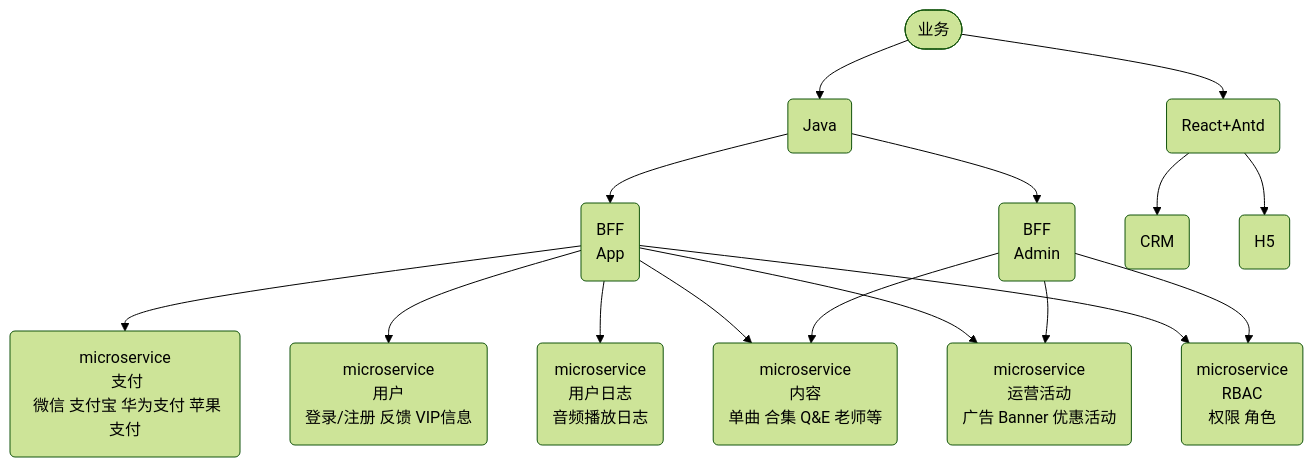
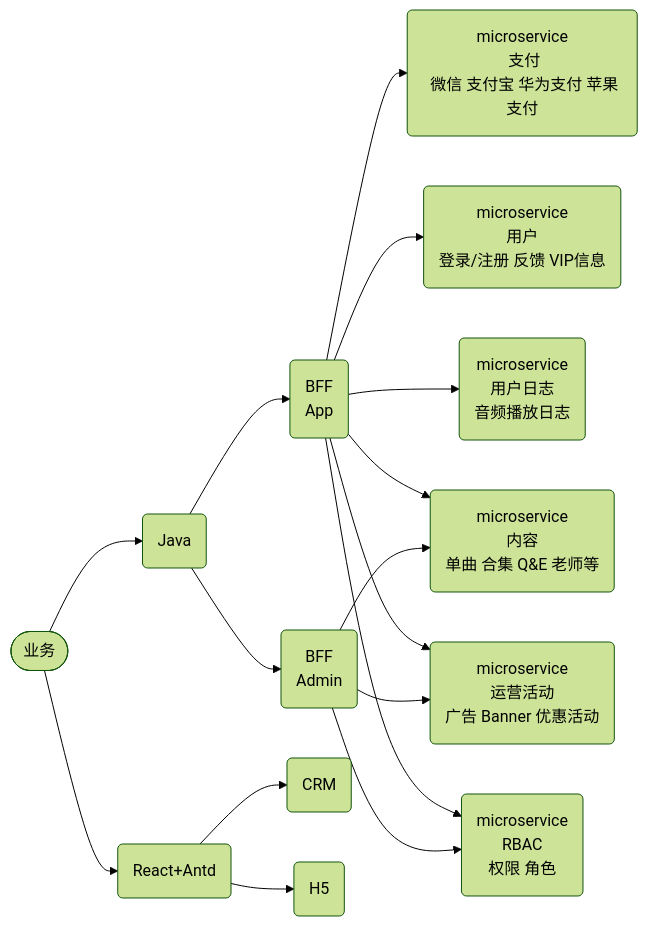
One commit to dengqinghua/dengqinghua.github.io changed the fourth of 9 diagrams in _posts/2021-07-26-3-month-sharing.md. Above: the diagram before and after it, drawn with Mermaid (forest theme). The commit also changed other lines of this file and 4 other files, not shown here.

```diff
--- a/_posts/2021-07-26-3-month-sharing.md
+++ b/_posts/2021-07-26-3-month-sharing.md
@@ -172,21 +173,21 @@
 <div class="mermaid" markdown="0">
-graph TB;
+graph LR;
     biz([业务]);
     biz1(Java);
     biz11(BFF <br >App);
     biz12(BFF <br >Admin);
     biz2(React+Antd);
     biz-m1(microservice<br > 内容<br >单曲 合集 Q&E 老师等)
     biz-m3(microservice<br > 支付<br > 微信 支付宝 华为支付 苹果支付)
     biz-m4(microservice<br > 用户<br >登录/注册 反馈 VIP信息)
     biz-m5(microservice<br > 运营活动<br > 广告 Banner 优惠活动)
     biz-m6(microservice<br > 用户日志<br >音频播放日志)
     biz-m7(microservice<br > RBAC<br >权限 角色)
     biz22(CRM);
     biz23(H5);
     biz-->biz1 & biz2;
     biz1-->biz11 & biz12;
     biz2-->biz22 & biz23;
     biz11 --> biz-m3 & biz-m4 & biz-m6
     biz11 & biz12 --> biz-m1 & biz-m5 & biz-m7
 </div>
```
